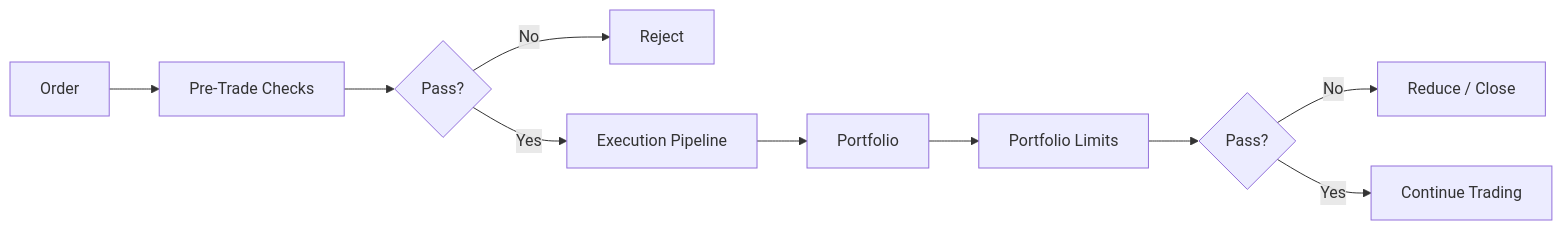
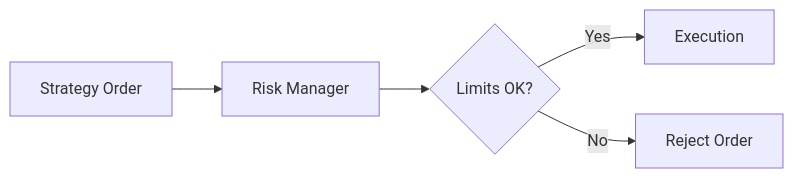
Before and after one commit to gregorian-09/regime-flow: the diagram in docs/explanation/risk-controls.md, drawn with Mermaid. The commit also changed other lines of this file and 58 other files, not shown here.

````diff
--- a/docs/explanation/risk-controls.md
+++ b/docs/explanation/risk-controls.md
@@ -7,12 +7,7 @@
 ```mermaid
 flowchart LR
-  A[Order] --> B[Pre-Trade Checks]
-  B --> C{Pass?}
-  C -- No --> D[Reject]
-  C -- Yes --> E[Execution Pipeline]
-  E --> F[Portfolio]
-  F --> G[Portfolio Limits]
-  G --> H{Pass?}
-  H -- No --> I[Reduce / Close]
-  H -- Yes --> J[Continue Trading]
+  A[Strategy Order] --> B[Risk Manager]
+  B --> C{Limits OK?}
+  C -- Yes --> D[Execution]
+  C -- No --> E[Reject Order]
 ```
````
